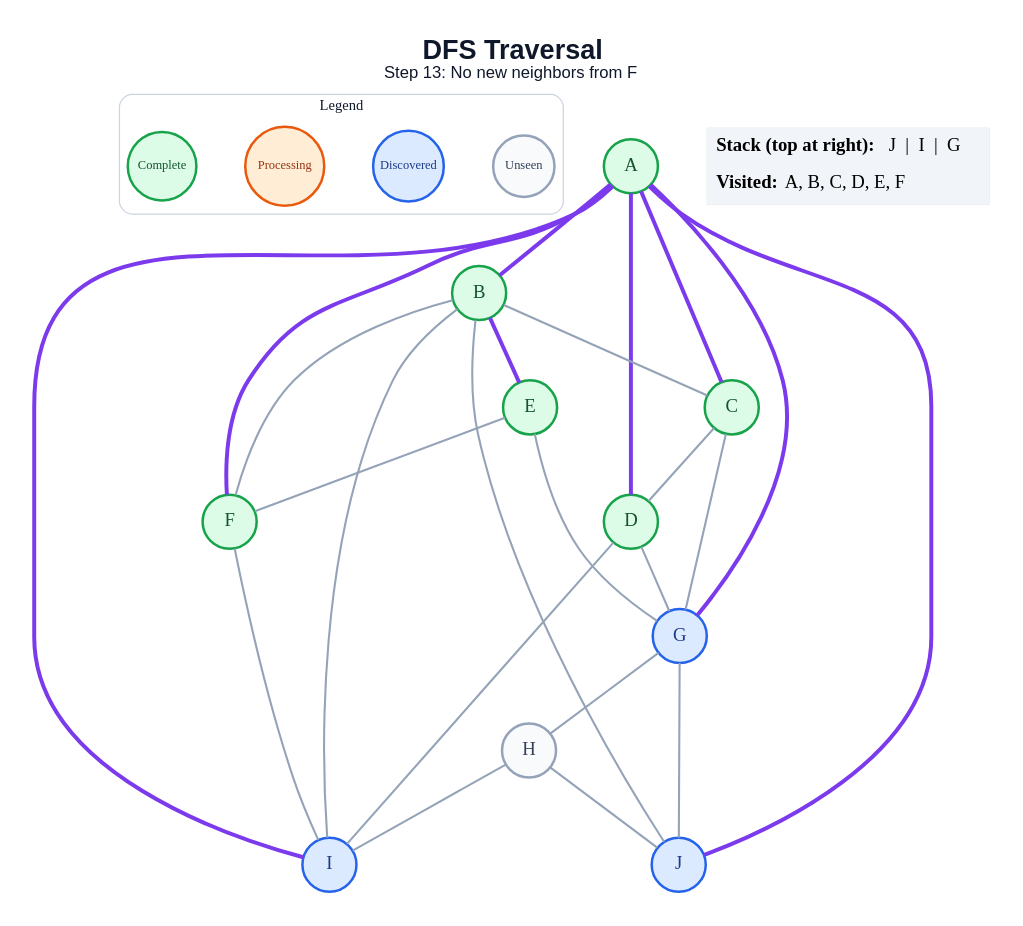
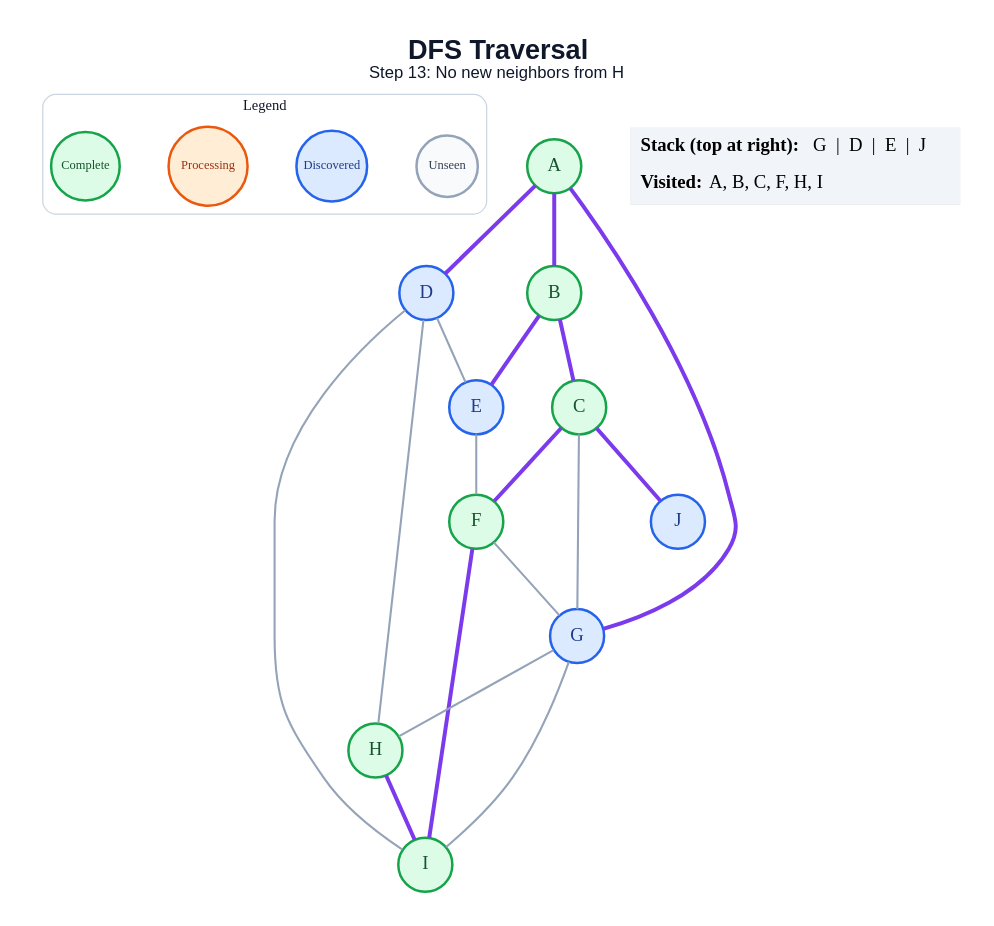
One commit to anon7238593-create/ai-slop changed the diagram in generated/dfs/step_13.dot. Above: the diagram before and after it, drawn with Graphviz. The commit also changed 178 other files, not shown here.

```diff
--- a/generated/dfs/step_13.dot
+++ b/generated/dfs/step_13.dot
@@ -1,52 +1,46 @@
 graph traversal {
   graph [layout=dot, rankdir=TB, bgcolor="#FFFFFF", pad="0.35", nodesep="0.65", ranksep="0.8", fontname="Arial"];
   node [shape=circle, style="filled", fontname="Arial Bold", fontsize=18, width=0.72, fixedsize=true, penwidth=2.4];
   edge [color="#94A3B8", penwidth=2.0];
-  label=<<B>DFS Traversal</B><BR/><FONT POINT-SIZE="16">Step 13: No new neighbors from F</FONT>>; labelloc="t"; fontsize=26; fontname="Arial"; fontcolor="#0F172A";
+  label=<<B>DFS Traversal</B><BR/><FONT POINT-SIZE="16">Step 13: No new neighbors from H</FONT>>; labelloc="t"; fontsize=26; fontname="Arial"; fontcolor="#0F172A";
   subgraph cluster_legend { label="Legend"; color="#CBD5E1"; penwidth=1.2; style="rounded"; fontsize=14; fontname="Arial Bold";
     key_unseen [label="Unseen", fillcolor="#F8FAFC", color="#94A3B8", fontcolor="#334155", fontsize=12, width=0.82];
     key_frontier [label="Discovered", fillcolor="#DBEAFE", color="#2563EB", fontcolor="#1E3A8A", fontsize=12, width=0.95];
     key_current [label="Processing", fillcolor="#FFEDD5", color="#EA580C", fontcolor="#9A3412", fontsize=12, width=1.05];
     key_done [label="Complete", fillcolor="#DCFCE7", color="#16A34A", fontcolor="#14532D", fontsize=12, width=0.92];
     { rank=same; key_unseen; key_frontier; key_current; key_done; }
   }
   A [fillcolor="#DCFCE7", color="#16A34A", fontcolor="#14532D"];
   B [fillcolor="#DCFCE7", color="#16A34A", fontcolor="#14532D"];
   C [fillcolor="#DCFCE7", color="#16A34A", fontcolor="#14532D"];
-  D [fillcolor="#DCFCE7", color="#16A34A", fontcolor="#14532D"];
-  E [fillcolor="#DCFCE7", color="#16A34A", fontcolor="#14532D"];
+  D [fillcolor="#DBEAFE", color="#2563EB", fontcolor="#1E3A8A"];
+  E [fillcolor="#DBEAFE", color="#2563EB", fontcolor="#1E3A8A"];
   F [fillcolor="#DCFCE7", color="#16A34A", fontcolor="#14532D"];
   G [fillcolor="#DBEAFE", color="#2563EB", fontcolor="#1E3A8A"];
-  H [fillcolor="#F8FAFC", color="#94A3B8", fontcolor="#334155"];
-  I [fillcolor="#DBEAFE", color="#2563EB", fontcolor="#1E3A8A"];
+  H [fillcolor="#DCFCE7", color="#16A34A", fontcolor="#14532D"];
+  I [fillcolor="#DCFCE7", color="#16A34A", fontcolor="#14532D"];
   J [fillcolor="#DBEAFE", color="#2563EB", fontcolor="#1E3A8A"];
   A -- B [color="#7C3AED", penwidth=3.8];
-  A -- C [color="#7C3AED", penwidth=3.8];
   A -- D [color="#7C3AED", penwidth=3.8];
-  A -- F [color="#7C3AED", penwidth=3.8];
   A -- G [color="#7C3AED", penwidth=3.8];
-  A -- I [color="#7C3AED", penwidth=3.8];
-  A -- J [color="#7C3AED", penwidth=3.8];
-  B -- C;
+  B -- C [color="#7C3AED", penwidth=3.8];
   B -- E [color="#7C3AED", penwidth=3.8];
-  B -- F;
-  B -- I;
-  B -- J;
-  C -- D;
+  C -- F [color="#7C3AED", penwidth=3.8];
   C -- G;
-  D -- G;
+  C -- J [color="#7C3AED", penwidth=3.8];
+  D -- E;
+  D -- H;
   D -- I;
   E -- F;
-  E -- G;
-  F -- I;
+  F -- G;
+  F -- I [color="#7C3AED", penwidth=3.8];
   G -- H;
-  G -- J;
-  H -- I;
-  H -- J;
+  G -- I;
+  H -- I [color="#7C3AED", penwidth=3.8];
   status [shape=plain, fixedsize=false, width=0, height=0, margin=0, label=<
     <TABLE BORDER="0" CELLBORDER="0" CELLPADDING="7" BGCOLOR="#F1F5F9">
-      <TR><TD ALIGN="LEFT"><B>Stack (top at right):</B> J  |  I  |  G</TD></TR>
-      <TR><TD ALIGN="LEFT"><B>Visited:</B> A, B, C, D, E, F</TD></TR>
+      <TR><TD ALIGN="LEFT"><B>Stack (top at right):</B> G  |  D  |  E  |  J</TD></TR>
+      <TR><TD ALIGN="LEFT"><B>Visited:</B> A, B, C, F, H, I</TD></TR>
     </TABLE>
   >];
 }
```
